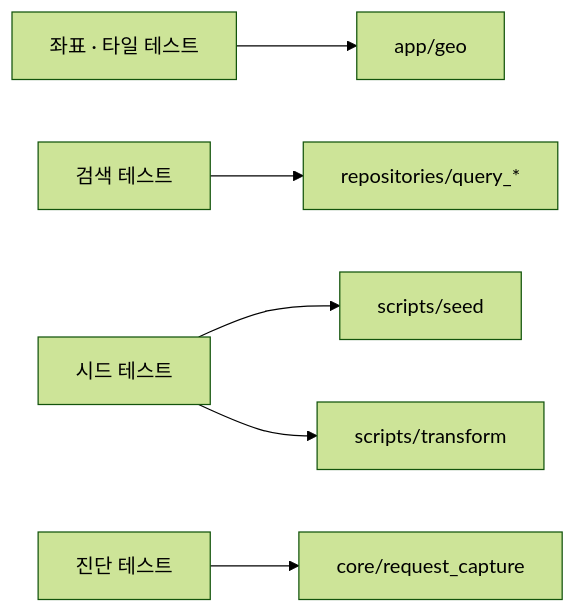
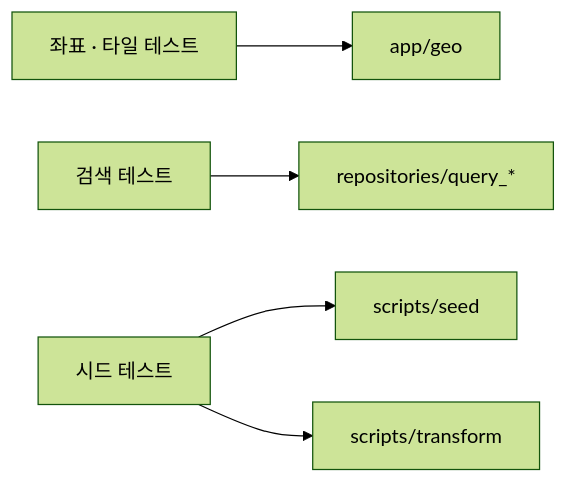
The diagram in backend/tests/unit/README.md (Routex-labs/Navigation), drawn with Mermaid (forest theme) before and after one commit. The commit also changed other lines of this file and 8 other files, not shown here.

````diff
--- a/backend/tests/unit/README.md
+++ b/backend/tests/unit/README.md
@@ -17,14 +16,12 @@
 ```mermaid
 flowchart LR
     GEO["app/geo"]
     QUERY["repositories/query_*"]
     SEED["scripts/seed"]
     TRANSFORM["scripts/transform"]
-    CORE["core/request_capture"]
 
     T_GEO["좌표 · 타일 테스트"] --> GEO
     T_QUERY["검색 테스트"] --> QUERY
     T_SEED["시드 테스트"] --> SEED
     T_SEED --> TRANSFORM
-    T_LOG["진단 테스트"] --> CORE
 ```
````
